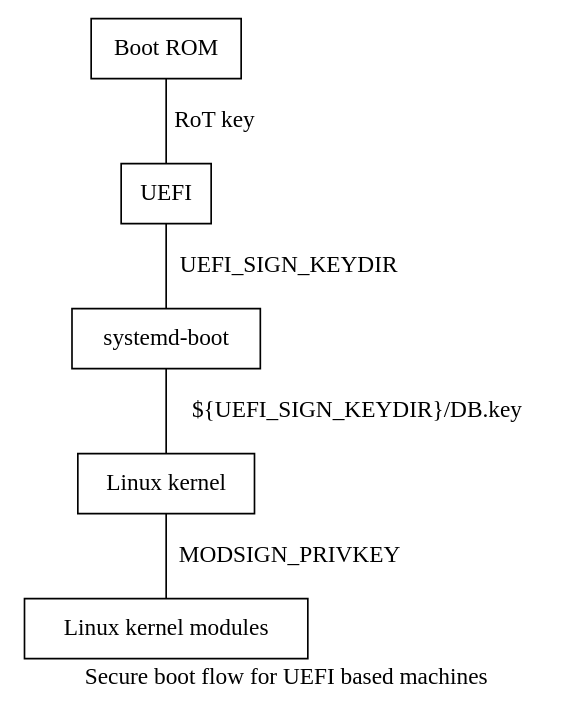
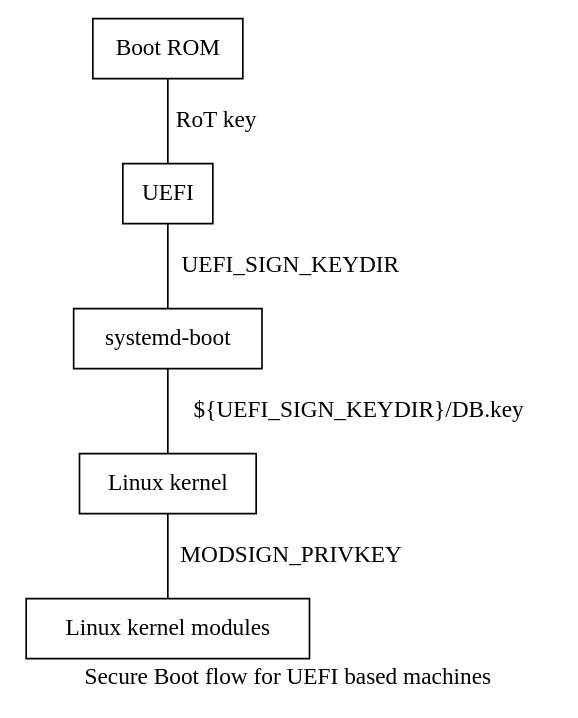
The third of 3 diagrams in source/reference-manual/security/factory-keys.rst (foundriesio/docs), drawn with Graphviz before and after one commit. The commit also changed other lines of this file, not shown here.

```diff
--- a/source/reference-manual/security/factory-keys.rst
+++ b/source/reference-manual/security/factory-keys.rst
@@ -99,17 +99,17 @@
 .. graphviz::
 
    digraph {
         graph [
-            label = "Secure boot flow for UEFI based machines"
+            label = "Secure Boot flow for UEFI based machines"
         ];
         node [
             shape=box
         ];
         edge [
             arrowhead=none
         ];
         "Boot ROM"              -> "UEFI"                 [label = "RoT key"];
         "UEFI"                  -> "systemd-boot"         [label = "UEFI_SIGN_KEYDIR"];
         "systemd-boot"          -> "Linux kernel"         [label = "${UEFI_SIGN_KEYDIR}/DB.key"];
         "Linux kernel"          -> "Linux kernel modules" [label = "MODSIGN_PRIVKEY"];
    }
```
